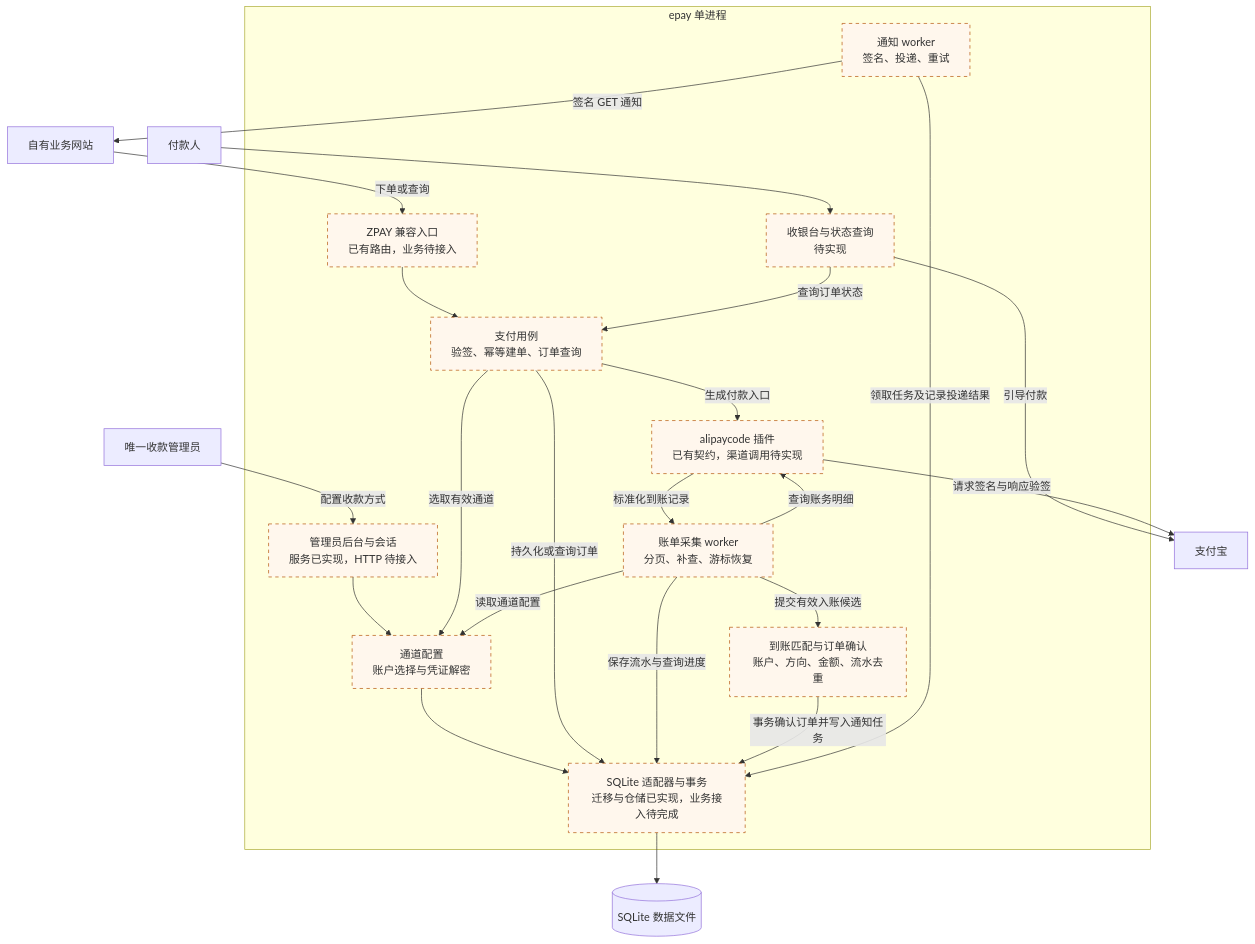
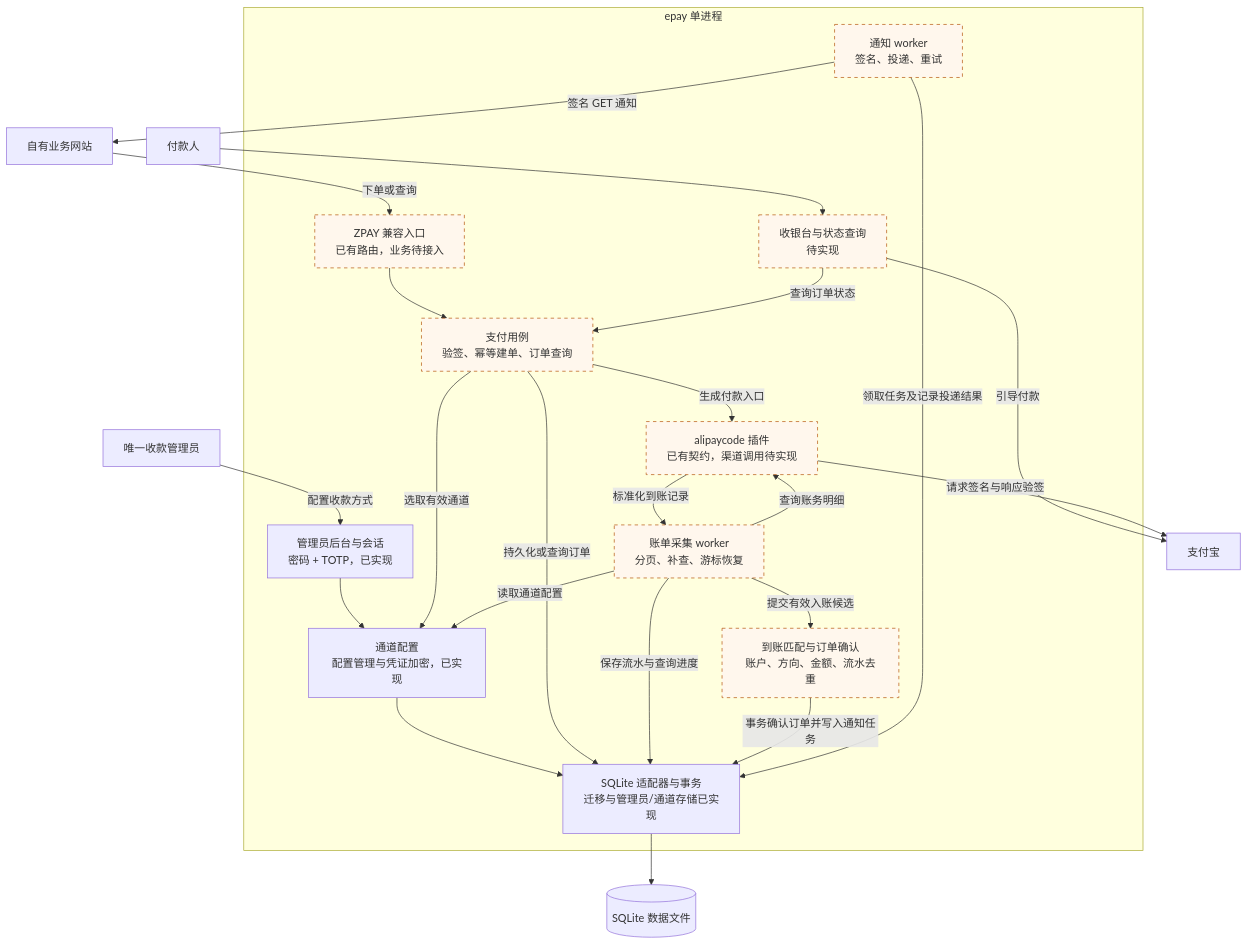
The third of 3 diagrams in docs/architecture.md (forza0310/Epay-go), drawn with Mermaid before and after one commit. The commit also changed other lines of this file and 19 other files, not shown here.

````diff
--- a/docs/architecture.md
+++ b/docs/architecture.md
@@ -90,46 +126,46 @@
 ```mermaid
 flowchart TB
     Owner["唯一收款管理员"]
     Business["自有业务网站"]
     Payer["付款人"]
     Alipay["支付宝"]
     Database[("SQLite 数据文件")]
 
     subgraph Process["epay 单进程"]
-        Admin["管理员后台与会话<br/>服务已实现，HTTP 待接入"]
+        Admin["管理员后台与会话<br/>密码 + TOTP，已实现"]
         API["ZPAY 兼容入口<br/>已有路由，业务待接入"]
         Checkout["收银台与状态查询<br/>待实现"]
         Usecase["支付用例<br/>验签、幂等建单、订单查询"]
-        ChannelConfig["通道配置<br/>账户选择与凭证解密"]
+        ChannelConfig["通道配置<br/>配置管理与凭证加密，已实现"]
         Plugin["alipaycode 插件<br/>已有契约，渠道调用待实现"]
         Poller["账单采集 worker<br/>分页、补查、游标恢复"]
         Confirm["到账匹配与订单确认<br/>账户、方向、金额、流水去重"]
-        Store["SQLite 适配器与事务<br/>迁移与仓储已实现，业务接入待完成"]
+        Store["SQLite 适配器与事务<br/>迁移与管理员/通道存储已实现"]
         Notify["通知 worker<br/>签名、投递、重试"]
     end
 
     Owner -->|配置收款方式| Admin
     Admin --> ChannelConfig
     ChannelConfig --> Store
     Business -->|下单或查询| API
     API --> Usecase
     Payer --> Checkout
     Checkout -->|查询订单状态| Usecase
     Usecase -->|选取有效通道| ChannelConfig
     Usecase -->|持久化或查询订单| Store
     Usecase -->|生成付款入口| Plugin
     Checkout -->|引导付款| Alipay
     Poller -->|读取通道配置| ChannelConfig
     Poller -->|查询账务明细| Plugin
     Plugin -->|请求签名与响应验签| Alipay
     Plugin -->|标准化到账记录| Poller
     Poller -->|保存流水与查询进度| Store
     Poller -->|提交有效入账候选| Confirm
     Confirm -->|事务确认订单并写入通知任务| Store
     Notify -->|领取任务及记录投递结果| Store
     Notify -->|签名 GET 通知| Business
     Store --> Database
 
     classDef planned fill:#fff7ed,stroke:#b45309,stroke-width:1px,stroke-dasharray:5 5;
-    class Admin,API,Checkout,Usecase,ChannelConfig,Plugin,Poller,Confirm,Store,Notify planned;
+    class API,Checkout,Usecase,Plugin,Poller,Confirm,Notify planned;
 ```
````
